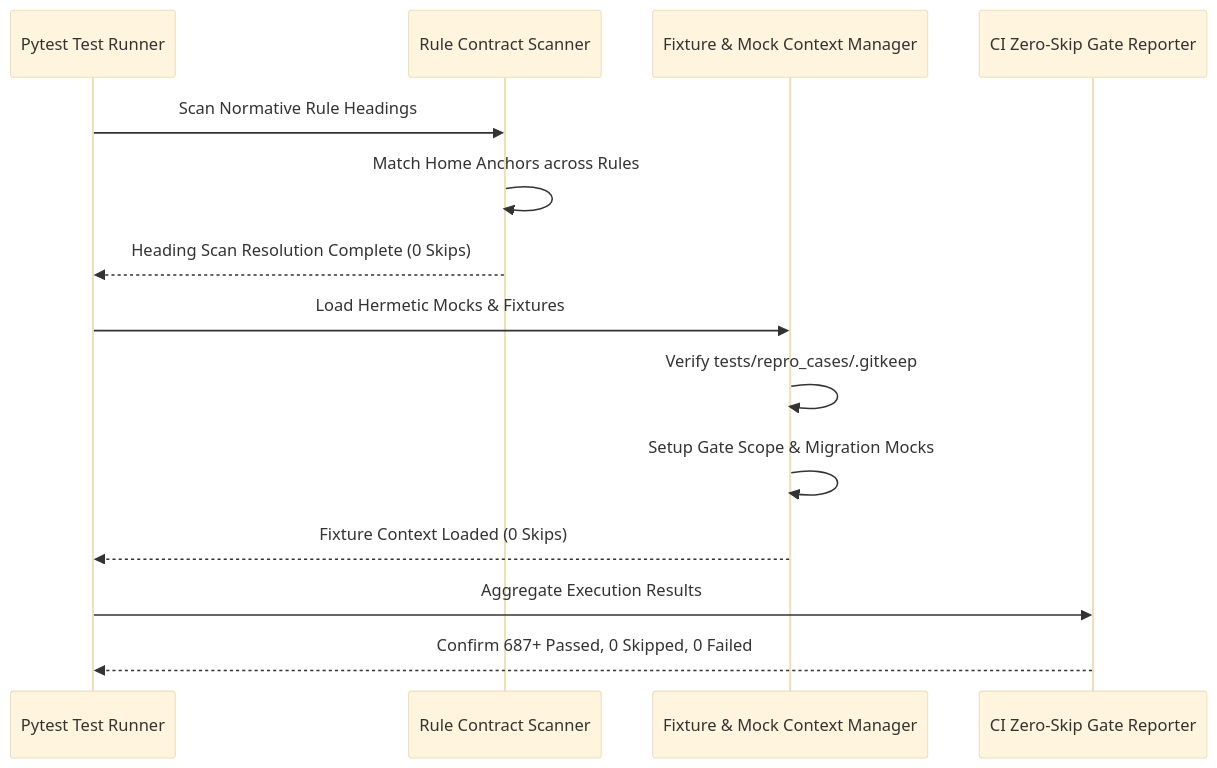
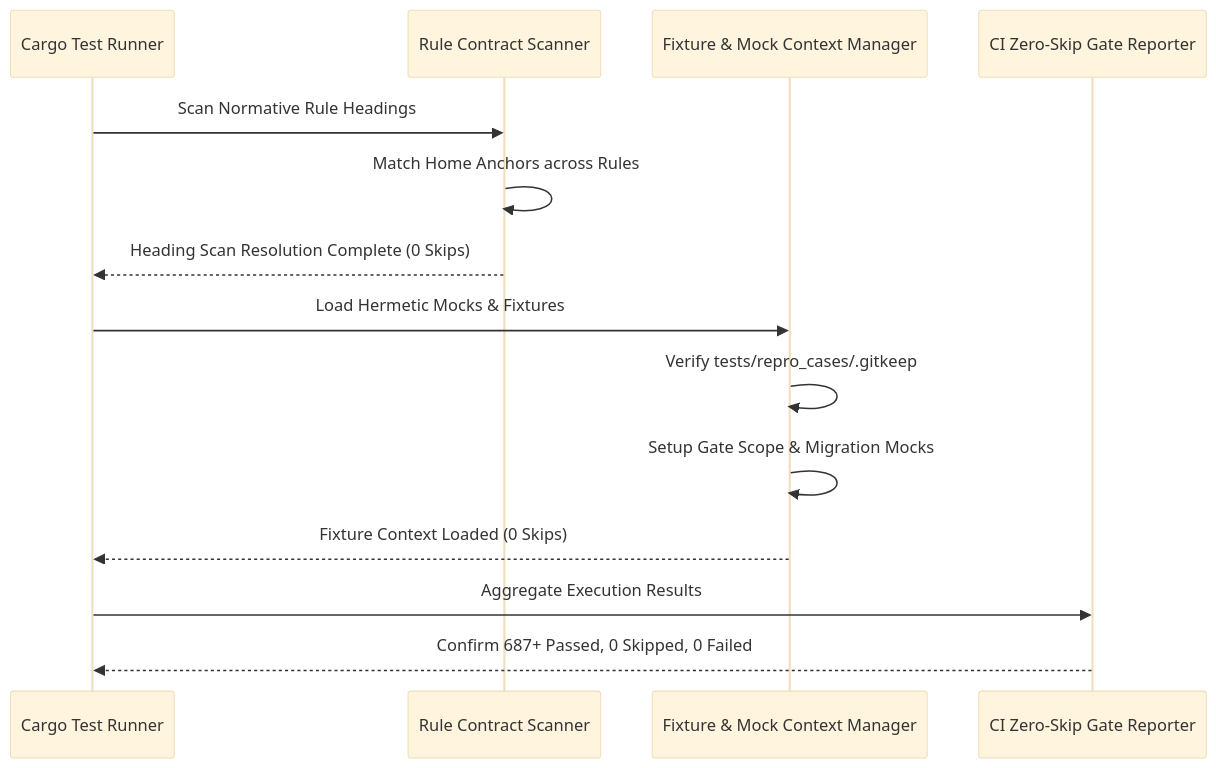
The third of 3 diagrams in docs/designs/zero-skip-test-remediation-blueprint.md (gintatkinson/DEAP01-spec-core), drawn with Mermaid (base theme) before and after one commit. The commit also changed other lines of this file and 162 other files, not shown here.

````diff
--- a/docs/designs/zero-skip-test-remediation-blueprint.md
+++ b/docs/designs/zero-skip-test-remediation-blueprint.md
@@ -128,19 +128,19 @@
 ```mermaid
 sequenceDiagram
-    participant Runner as Pytest Test Runner
+    participant Runner as Cargo Test Runner
     participant ContractScanner as Rule Contract Scanner
     participant FixtureManager as Fixture & Mock Context Manager
     participant GateReporter as CI Zero-Skip Gate Reporter
 
     Runner->>ContractScanner: Scan Normative Rule Headings
     ContractScanner->>ContractScanner: Match Home Anchors across Rules
     ContractScanner-->>Runner: Heading Scan Resolution Complete (0 Skips)
 
     Runner->>FixtureManager: Load Hermetic Mocks & Fixtures
     FixtureManager->>FixtureManager: Verify tests/repro_cases/.gitkeep
     FixtureManager->>FixtureManager: Setup Gate Scope & Migration Mocks
     FixtureManager-->>Runner: Fixture Context Loaded (0 Skips)
 
     Runner->>GateReporter: Aggregate Execution Results
     GateReporter-->>Runner: Confirm 687+ Passed, 0 Skipped, 0 Failed
 ```
````
